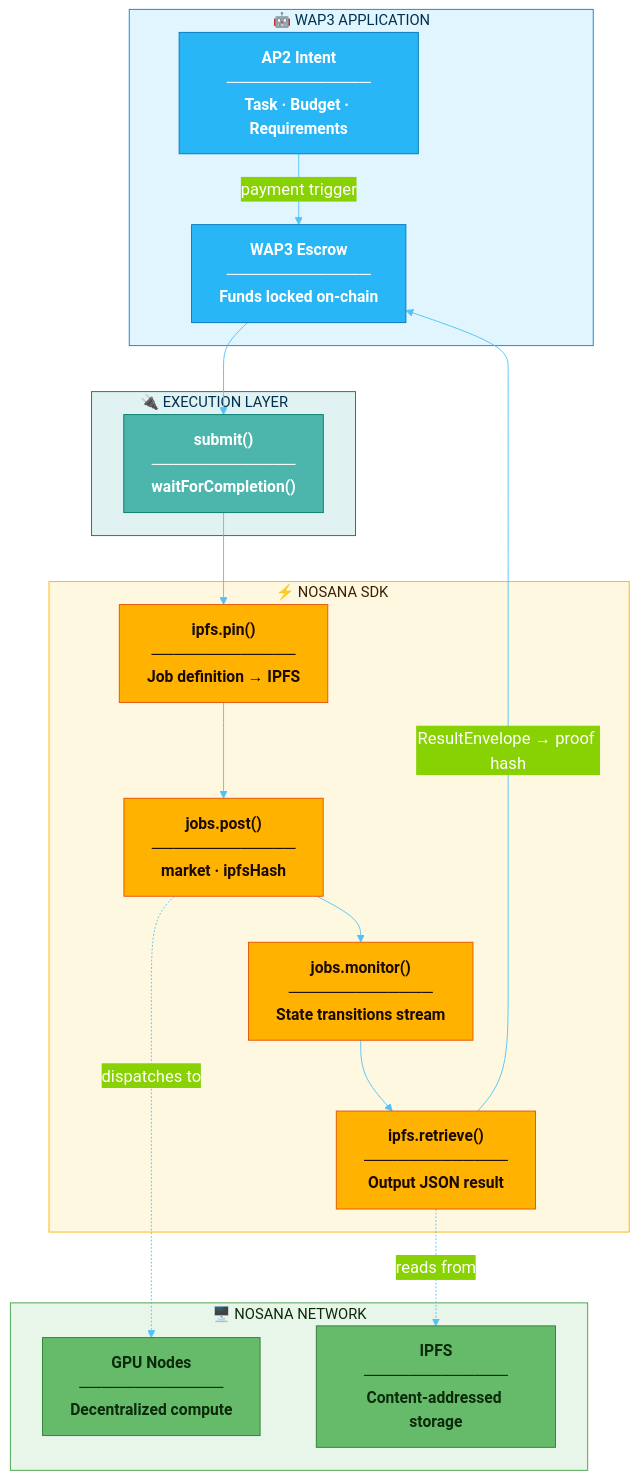
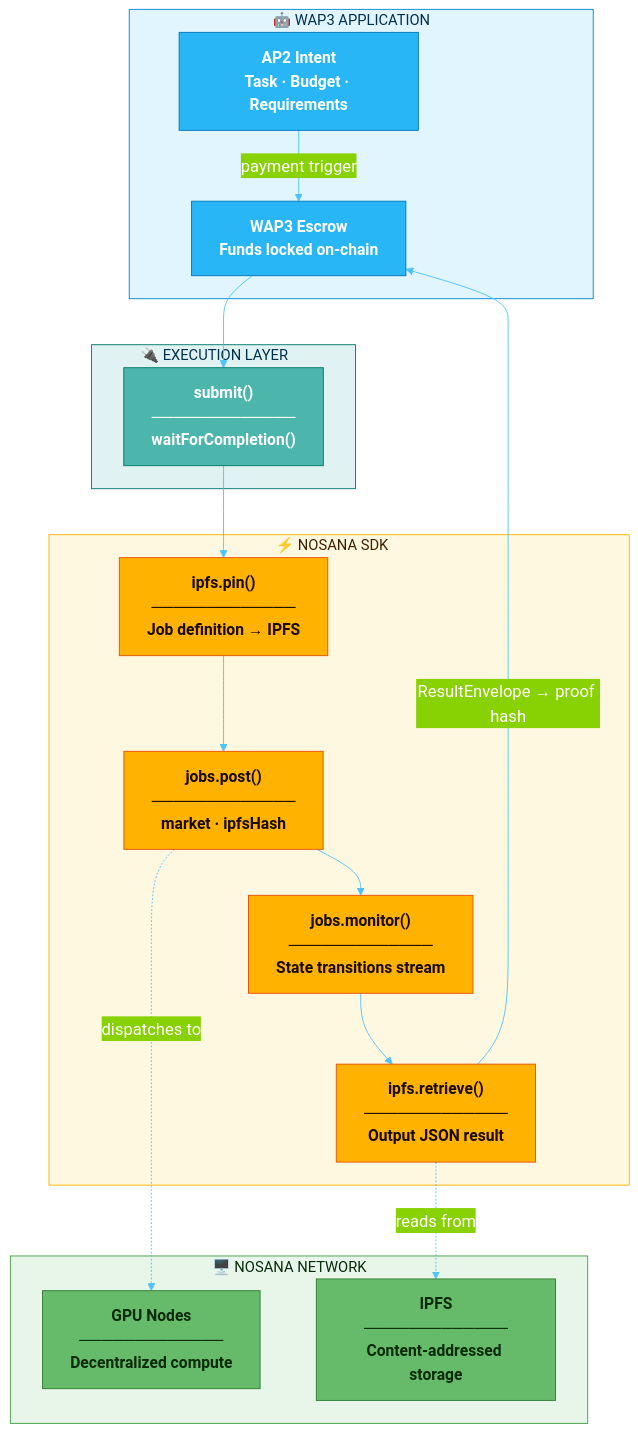
Before and after one commit to nelsonjingusc/wap3-agent-payment-poc: the second of 3 diagrams in docs/NOSANA_INTEGRATION.md, drawn with Mermaid.

Commit message:
update diagram

````diff
--- a/docs/NOSANA_INTEGRATION.md
+++ b/docs/NOSANA_INTEGRATION.md
@@ -77,56 +77,56 @@
 ```mermaid
 %%{init: {
   "theme": "base",
   "themeVariables": {
     "primaryColor": "#0288D1",
     "primaryTextColor": "#FFFFFF",
     "primaryBorderColor": "#01579B",
     "lineColor": "#4FC3F7",
     "fontFamily": "Inter, system-ui, sans-serif",
     "fontSize": "18px"
   }
 }}%%
 flowchart TB
     subgraph APP["🤖  WAP3 APPLICATION"]
-        A1["AP2 Intent<br/>─────────────<br/>Task · Budget · Requirements"]
-        A2["WAP3 Escrow<br/>─────────────<br/>Funds locked on-chain"]
+        A1["AP2 Intent<br/>Task · Budget · Requirements"]
+        A2["WAP3 Escrow<br/>Funds locked on-chain"]
         A1 -->|"payment trigger"| A2
     end
 
     subgraph EXEC["🔌  EXECUTION LAYER"]
         I["submit() <br/>─────────────<br/> waitForCompletion()"]
     end
 
     subgraph NOS["⚡ NOSANA SDK"]
         N1["ipfs.pin()<br/>─────────────<br/>Job definition → IPFS"]
         N2["jobs.post()<br/>─────────────<br/>market · ipfsHash"]
         N3["jobs.monitor()<br/>─────────────<br/>State transitions stream"]
         N4["ipfs.retrieve()<br/>─────────────<br/>Output JSON result"]
         N1 --> N2 --> N3 --> N4
     end
 
     subgraph NET["🖥️  NOSANA NETWORK"]
         G["GPU Nodes<br/>─────────────<br/>Decentralized compute"]
         H["IPFS<br/>─────────────<br/>Content-addressed storage"]
     end
 
     A2 --> I --> N1
     N4 -->|"ResultEnvelope → proof hash"| A2
     N2 -.->|"dispatches to"| G
     N4 -.->|"reads from"| H
 
     classDef appNode fill:#29B6F6,stroke:#0277BD,color:#FFFFFF,font-size:17px,font-weight:bold
     classDef ifaceNode fill:#4DB6AC,stroke:#00796B,color:#FFFFFF,font-size:17px,font-weight:bold
     classDef nosNode fill:#FFB300,stroke:#E65100,color:#1A0A00,font-size:17px,font-weight:bold
     classDef netNode fill:#66BB6A,stroke:#2E7D32,color:#0A2A0A,font-size:17px,font-weight:bold
 
     class A1,A2 appNode
     class I ifaceNode
     class N1,N2,N3,N4 nosNode
     class G,H netNode
 
     style APP fill:#E1F5FE,stroke:#0288D1,color:#003050,font-size:16px
     style EXEC fill:#E0F2F1,stroke:#00796B,color:#003050,font-size:16px
     style NOS fill:#FFF8E1,stroke:#FFB300,color:#3E2000,font-size:16px
     style NET fill:#E8F5E9,stroke:#43A047,color:#0A2A0A,font-size:16px
 ```
````
